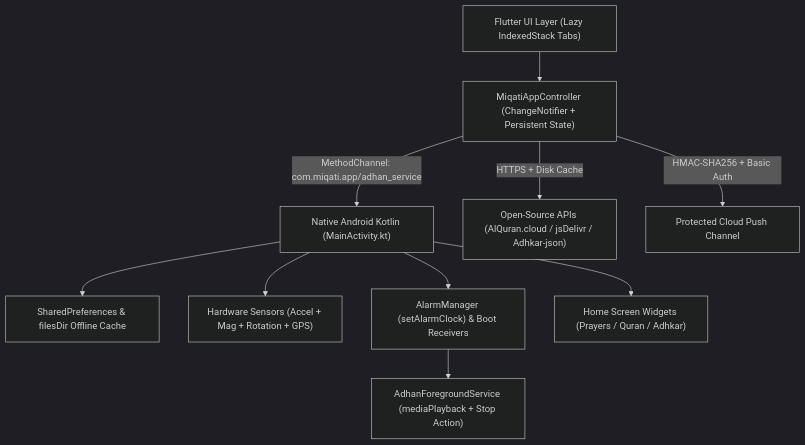
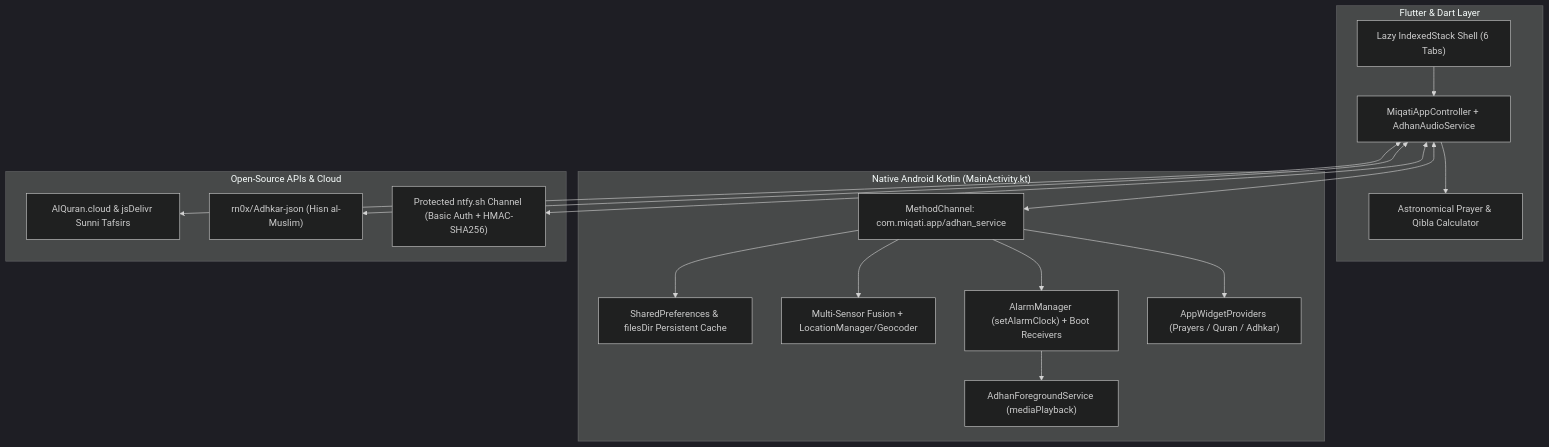
One commit to alateefs/Miqati changed the first of 2 diagrams in README.md. Above: the diagram before and after it, drawn with Mermaid (dark theme). The commit also changed other lines of this file, not shown here.

````diff
--- a/README.md
+++ b/README.md
@@ -85,12 +109,35 @@
 ```mermaid
 flowchart TB
-    UI["Flutter UI Layer (Lazy IndexedStack Tabs)"] --> CTRL["MiqatiAppController (ChangeNotifier + Persistent State)"]
-    CTRL -->|"MethodChannel: com.miqati.app/adhan_service"| NAT["Native Android Kotlin (MainActivity.kt)"]
-    NAT --> SP["SharedPreferences & filesDir Offline Cache"]
-    NAT --> SENS["Hardware Sensors (Accel + Mag + Rotation + GPS)"]
-    NAT --> ALM["AlarmManager (setAlarmClock) & Boot Receivers"]
-    ALM --> FGS["AdhanForegroundService (mediaPlayback + Stop Action)"]
-    NAT --> WDG["Home Screen Widgets (Prayers / Quran / Adhkar)"]
-    CTRL -->|"HTTPS + Disk Cache"| API["Open-Source APIs (AlQuran.cloud / jsDelivr / Adhkar-json)"]
-    CTRL -->|"HMAC-SHA256 + Basic Auth"| PUSH["Protected Cloud Push Channel"]
+    subgraph Flutter["Flutter & Dart Layer"]
+        UI["Lazy IndexedStack Shell (6 Tabs)"]
+        CTRL["MiqatiAppController + AdhanAudioService"]
+        CALC["Astronomical Prayer & Qibla Calculator"]
+    end
+
+    subgraph Native["Native Android Kotlin (MainActivity.kt)"]
+        CH["MethodChannel: com.miqati.app/adhan_service"]
+        SP["SharedPreferences & filesDir Persistent Cache"]
+        SENS["Multi-Sensor Fusion + LocationManager/Geocoder"]
+        ALM["AlarmManager (setAlarmClock) + Boot Receivers"]
+        FGS["AdhanForegroundService (mediaPlayback)"]
+        WDG["AppWidgetProviders (Prayers / Quran / Adhkar)"]
+    end
+
+    subgraph External["Open-Source APIs & Cloud"]
+        QAPI["AlQuran.cloud & jsDelivr Sunni Tafsirs"]
+        ADHKAR["rn0x/Adhkar-json (Hisn al-Muslim)"]
+        PUSH["Protected ntfy.sh Channel (Basic Auth + HMAC-SHA256)"]
+    end
+
+    UI --> CTRL
+    CTRL --> CALC
+    CTRL <--> CH
+    CH --> SP
+    CH --> SENS
+    CH --> ALM
+    ALM --> FGS
+    CH --> WDG
+    CTRL <--> QAPI
+    CTRL <--> ADHKAR
+    CTRL <--> PUSH
 ```
````
